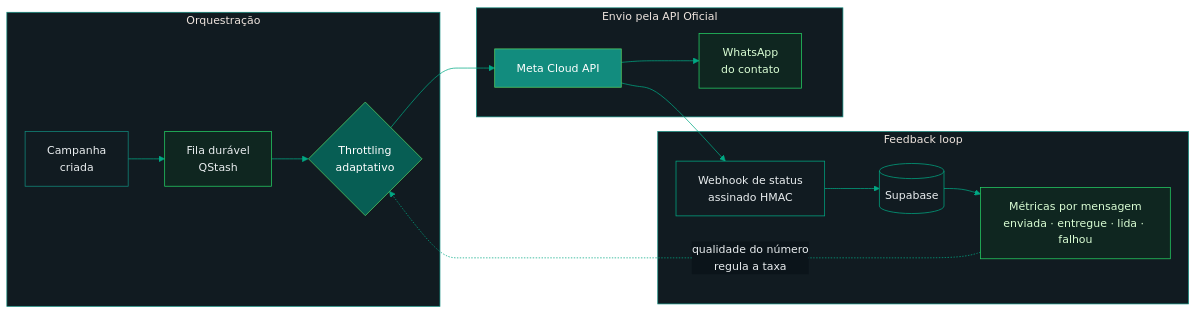
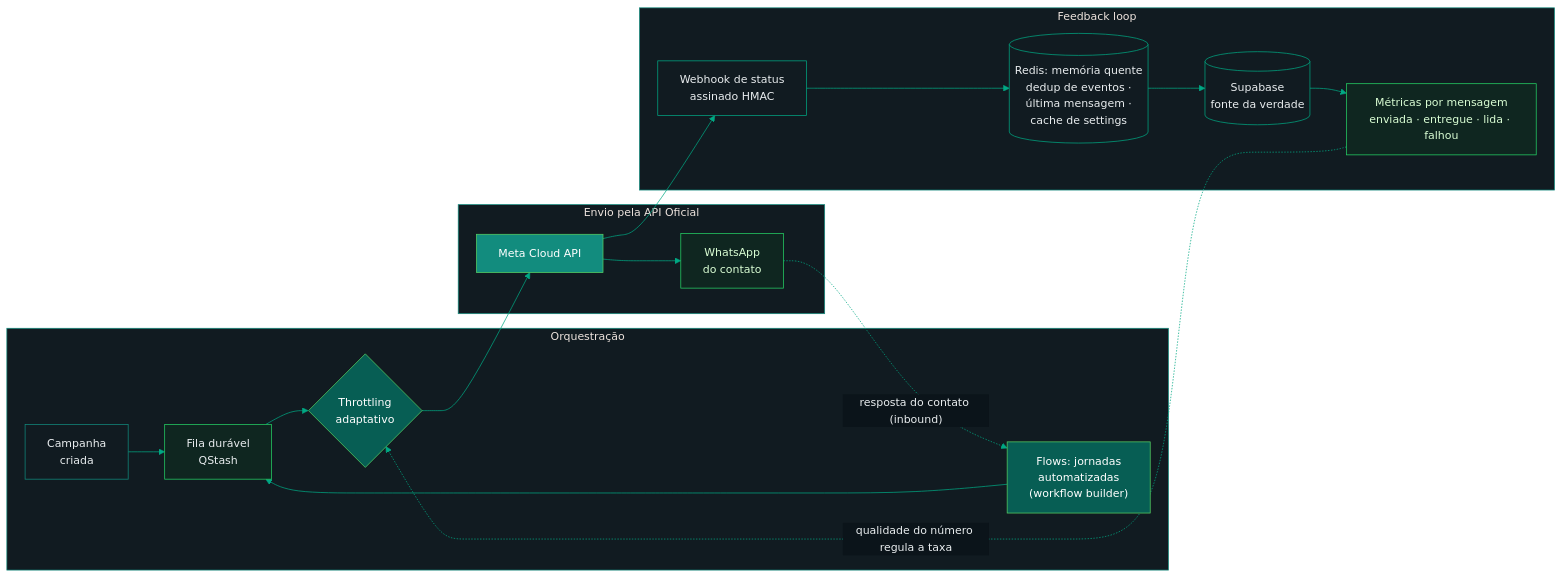
Before and after one commit to luizxhgomes/whatsflow-engine: the diagram in README.md, drawn with Mermaid. The commit also changed other lines of this file and 1 other file, not shown here.

Commit message:
docs(arquitetura): Redis (memória quente) e Flows (jornadas automatizadas) no mapa do disparo
Diagrama do README e da TOPOLOGIA agora mostram a engenharia de estado real:
dedup de eventos, última mensagem por conversa e cache no Redis (camada de
velocidade), Supabase como fonte da verdade, e o workflow builder reagindo ao
inbound do contato reentrando na fila de envio.

````diff
--- a/README.md
+++ b/README.md
@@ -42,31 +42,36 @@
 ```mermaid
 %%{init: {'theme':'base','themeVariables':{
   'background':'#0B141A','primaryColor':'#0F2620','primaryTextColor':'#E9EDEF',
   'primaryBorderColor':'#25D366','lineColor':'#00A884','secondaryColor':'#075E54',
   'tertiaryColor':'#111B21','fontSize':'15px','edgeLabelBackground':'#0B141A',
   'clusterBkg':'#111B21','clusterBorder':'#128C7E'}}}%%
 flowchart LR
     subgraph ORQ[" Orquestração "]
         A["Campanha<br/>criada"] --> B["Fila durável<br/>QStash"]
+        W["Flows: jornadas<br/>automatizadas<br/>(workflow builder)"] --> B
         B --> C{"Throttling<br/>adaptativo"}
     end
     subgraph ENV[" Envio pela API Oficial "]
         C --> D["Meta Cloud API"]
         D --> E["WhatsApp<br/>do contato"]
     end
     subgraph FBK[" Feedback loop "]
         D --> F["Webhook de status<br/>assinado HMAC"]
-        F --> G[("Supabase")]
+        F --> R[("Redis: memória quente<br/>dedup de eventos ·<br/>última mensagem ·<br/>cache de settings")]
+        R --> G[("Supabase<br/>fonte da verdade")]
         G --> H["Métricas por mensagem<br/>enviada · entregue · lida · falhou"]
     end
-    H -.->|"qualidade do número<br/>regula a taxa"| C
+    E -.->|"resposta do contato (inbound)"| W
+    H -.->|"qualidade do número regula a taxa"| C
 
     style A fill:#111B21,stroke:#128C7E,color:#E9EDEF
     style B fill:#0F2620,stroke:#25D366,color:#E9EDEF
     style C fill:#075E54,stroke:#57D163,color:#FFFFFF
+    style W fill:#075E54,stroke:#57D163,color:#FFFFFF
     style D fill:#128C7E,stroke:#57D163,color:#FFFFFF
     style E fill:#0F2620,stroke:#25D366,color:#D9FDD3
+    style R fill:#111B21,stroke:#00A884,color:#E9EDEF
     style F fill:#111B21,stroke:#00A884,color:#E9EDEF
     style G fill:#111B21,stroke:#00A884,color:#E9EDEF
     style H fill:#0F2620,stroke:#25D366,color:#D9FDD3
 ```
````
